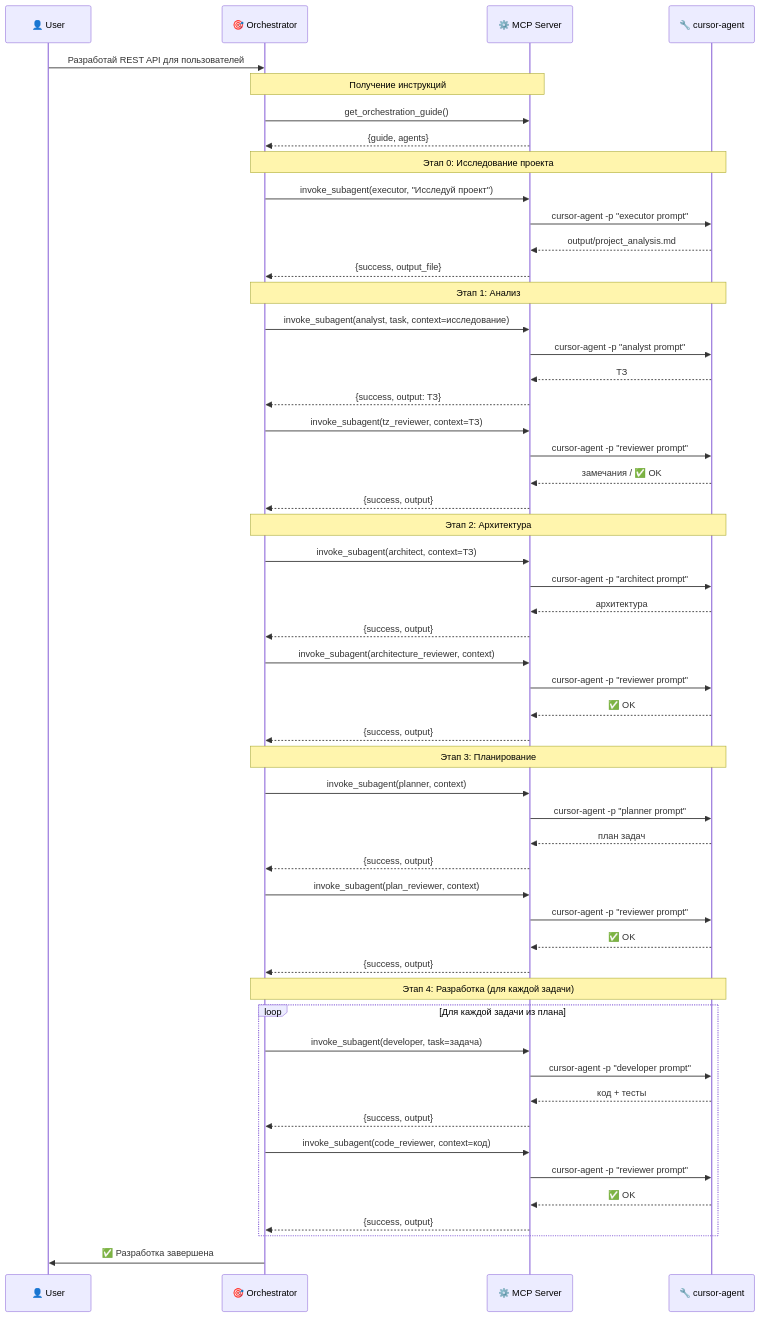
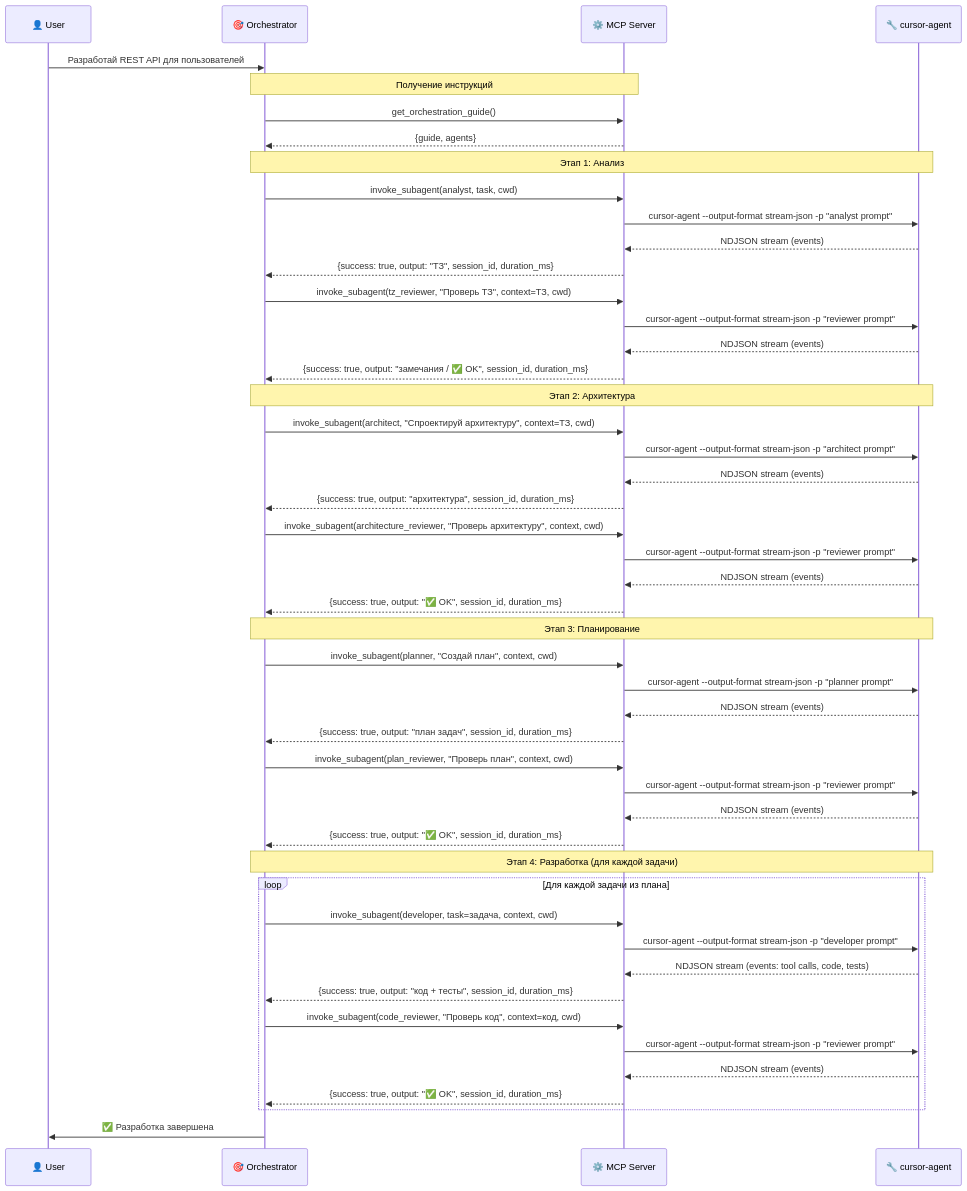
One commit to madprofessor42/cursor-subagent-mcp changed the third of 3 diagrams in README.md. Above: the diagram before and after it, drawn with Mermaid. The commit also changed other lines of this file, not shown here.

````diff
--- a/README.md
+++ b/README.md
@@ -140,67 +141,61 @@
 ```mermaid
 sequenceDiagram
     participant U as 👤 User
     participant O as 🎯 Orchestrator
     participant MCP as ⚙️ MCP Server
     participant CLI as 🔧 cursor-agent
 
     U->>O: Разработай REST API для пользователей
     
     Note over O,MCP: Получение инструкций
     O->>MCP: get_orchestration_guide()
     MCP-->>O: {guide, agents}
     
-    Note over O,CLI: Этап 0: Исследование проекта
-    O->>MCP: invoke_subagent(executor, "Исследуй проект")
-    MCP->>CLI: cursor-agent -p "executor prompt"
-    CLI-->>MCP: output/project_analysis.md
-    MCP-->>O: {success, output_file}
+    Note over O,CLI: Этап 1: Анализ
+    O->>MCP: invoke_subagent(analyst, task, cwd)
+    MCP->>CLI: cursor-agent --output-format stream-json -p "analyst prompt"
+    CLI-->>MCP: NDJSON stream (events)
+    MCP-->>O: {success: true, output: "ТЗ", session_id, duration_ms}
     
-    Note over O,CLI: Этап 1: Анализ
-    O->>MCP: invoke_subagent(analyst, task, context=исследование)
-    MCP->>CLI: cursor-agent -p "analyst prompt"
-    CLI-->>MCP: ТЗ
-    MCP-->>O: {success, output: ТЗ}
-    
-    O->>MCP: invoke_subagent(tz_reviewer, context=ТЗ)
-    MCP->>CLI: cursor-agent -p "reviewer prompt"
-    CLI-->>MCP: замечания / ✅ OK
-    MCP-->>O: {success, output}
+    O->>MCP: invoke_subagent(tz_reviewer, "Проверь ТЗ", context=ТЗ, cwd)
+    MCP->>CLI: cursor-agent --output-format stream-json -p "reviewer prompt"
+    CLI-->>MCP: NDJSON stream (events)
+    MCP-->>O: {success: true, output: "замечания / ✅ OK", session_id, duration_ms}
     
     Note over O,CLI: Этап 2: Архитектура
-    O->>MCP: invoke_subagent(architect, context=ТЗ)
-    MCP->>CLI: cursor-agent -p "architect prompt"
-    CLI-->>MCP: архитектура
-    MCP-->>O: {success, output}
+    O->>MCP: invoke_subagent(architect, "Спроектируй архитектуру", context=ТЗ, cwd)
+    MCP->>CLI: cursor-agent --output-format stream-json -p "architect prompt"
+    CLI-->>MCP: NDJSON stream (events)
+    MCP-->>O: {success: true, output: "архитектура", session_id, duration_ms}
     
-    O->>MCP: invoke_subagent(architecture_reviewer, context)
-    MCP->>CLI: cursor-agent -p "reviewer prompt"
-    CLI-->>MCP: ✅ OK
-    MCP-->>O: {success, output}
+    O->>MCP: invoke_subagent(architecture_reviewer, "Проверь архитектуру", context, cwd)
+    MCP->>CLI: cursor-agent --output-format stream-json -p "reviewer prompt"
+    CLI-->>MCP: NDJSON stream (events)
+    MCP-->>O: {success: true, output: "✅ OK", session_id, duration_ms}
     
     Note over O,CLI: Этап 3: Планирование
-    O->>MCP: invoke_subagent(planner, context)
-    MCP->>CLI: cursor-agent -p "planner prompt"
-    CLI-->>MCP: план задач
-    MCP-->>O: {success, output}
+    O->>MCP: invoke_subagent(planner, "Создай план", context, cwd)
+    MCP->>CLI: cursor-agent --output-format stream-json -p "planner prompt"
+    CLI-->>MCP: NDJSON stream (events)
+    MCP-->>O: {success: true, output: "план задач", session_id, duration_ms}
     
-    O->>MCP: invoke_subagent(plan_reviewer, context)
-    MCP->>CLI: cursor-agent -p "reviewer prompt"
-    CLI-->>MCP: ✅ OK
-    MCP-->>O: {success, output}
+    O->>MCP: invoke_subagent(plan_reviewer, "Проверь план", context, cwd)
+    MCP->>CLI: cursor-agent --output-format stream-json -p "reviewer prompt"
+    CLI-->>MCP: NDJSON stream (events)
+    MCP-->>O: {success: true, output: "✅ OK", session_id, duration_ms}
     
     Note over O,CLI: Этап 4: Разработка (для каждой задачи)
     loop Для каждой задачи из плана
-        O->>MCP: invoke_subagent(developer, task=задача)
-        MCP->>CLI: cursor-agent -p "developer prompt"
-        CLI-->>MCP: код + тесты
-        MCP-->>O: {success, output}
+        O->>MCP: invoke_subagent(developer, task=задача, context, cwd)
+        MCP->>CLI: cursor-agent --output-format stream-json -p "developer prompt"
+        CLI-->>MCP: NDJSON stream (events: tool calls, code, tests)
+        MCP-->>O: {success: true, output: "код + тесты", session_id, duration_ms}
         
-        O->>MCP: invoke_subagent(code_reviewer, context=код)
-        MCP->>CLI: cursor-agent -p "reviewer prompt"
-        CLI-->>MCP: ✅ OK
-        MCP-->>O: {success, output}
+        O->>MCP: invoke_subagent(code_reviewer, "Проверь код", context=код, cwd)
+        MCP->>CLI: cursor-agent --output-format stream-json -p "reviewer prompt"
+        CLI-->>MCP: NDJSON stream (events)
+        MCP-->>O: {success: true, output: "✅ OK", session_id, duration_ms}
     end
     
     O->>U: ✅ Разработка завершена
 ```
````
